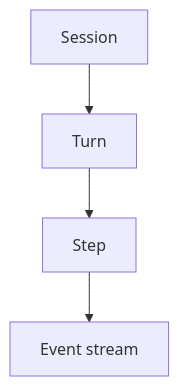
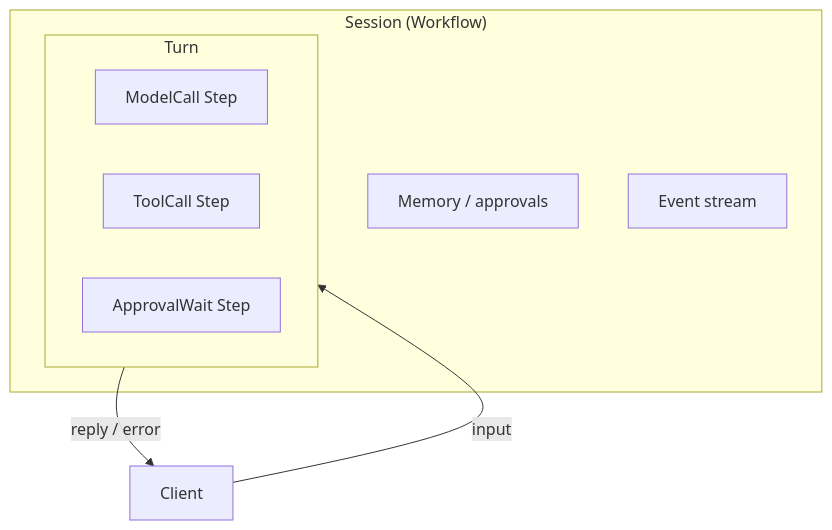
One commit to taonic/temporal-design-patterns changed the diagram in docs/session-turn-step.md. Above: the diagram before and after it, drawn with Mermaid. The commit also changed other lines of this file and 52 other files, not shown here.

````diff
--- a/docs/session-turn-step.md
+++ b/docs/session-turn-step.md
@@ -17,6 +18,14 @@
 ```mermaid
 flowchart TB
-    Session --> Turn
-    Turn --> Step
-    Step --> Events[Event stream]
+    subgraph Session["Session (Workflow)"]
+        Mem[Memory / approvals]
+        Events[Event stream]
+        subgraph Turn["Turn"]
+            M[ModelCall Step]
+            T[ToolCall Step]
+            A[ApprovalWait Step]
+        end
+    end
+    Client -->|input| Turn
+    Turn -->|reply / error| Client
 ```
````
